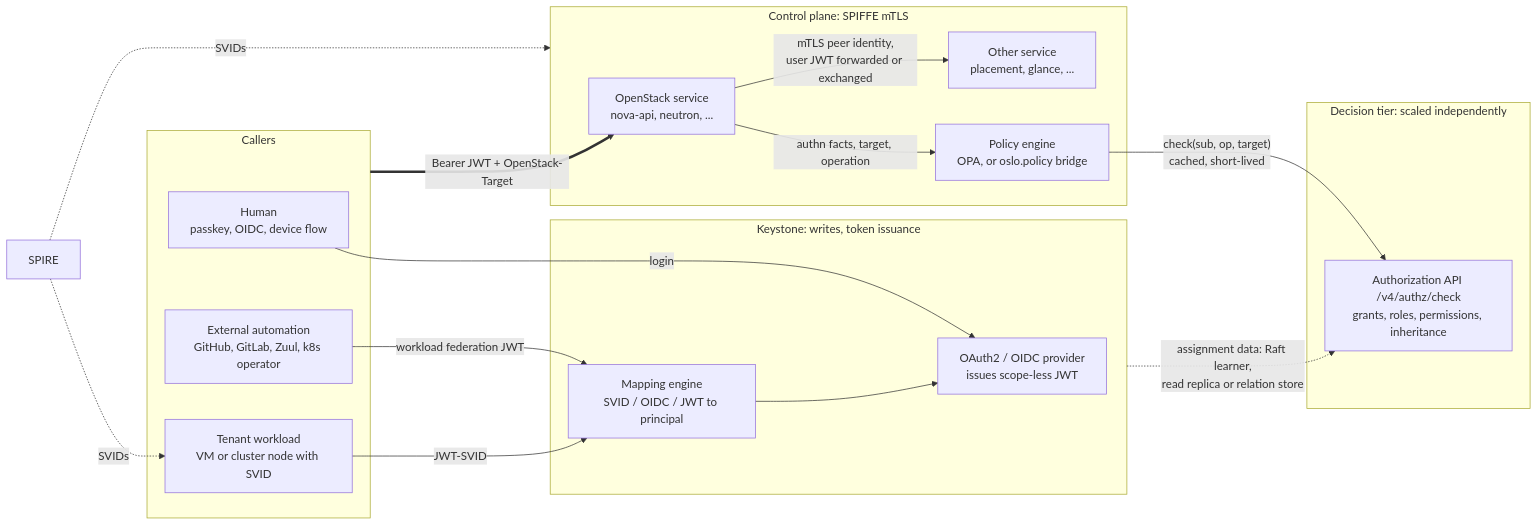
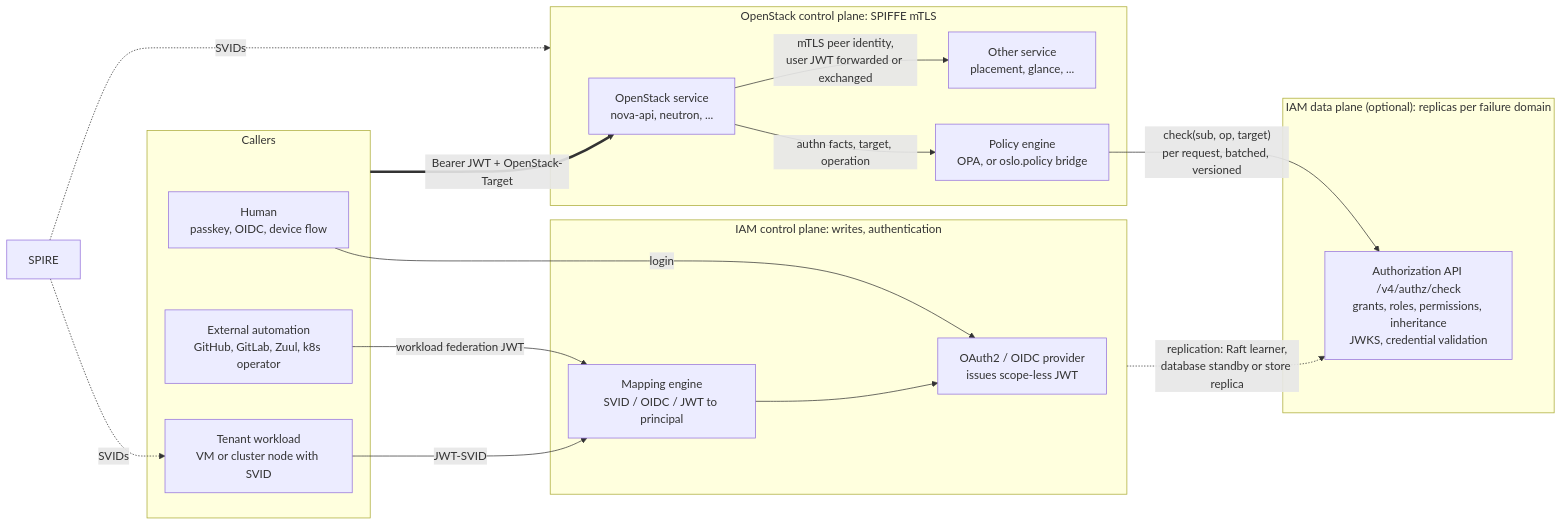
One commit to openstack-experimental/keystone changed the first of 7 diagrams in doc/src/vision.md. Above: the diagram before and after it, drawn with Mermaid. The commit also changed other lines of this file and 1 other file, not shown here.

First line of the commit message:
docs: Propose IAM control and data plane split

````diff
--- a/doc/src/vision.md
+++ b/doc/src/vision.md
@@ -260,37 +279,37 @@
 ```mermaid
 flowchart LR
     subgraph callers["Callers"]
         human["Human<br/>passkey, OIDC, device flow"]
         ext["External automation<br/>GitHub, GitLab, Zuul, k8s operator"]
         vm["Tenant workload<br/>VM or cluster node with SVID"]
     end
 
-    subgraph ks["Keystone: writes, token issuance"]
+    subgraph ks["IAM control plane: writes, authentication"]
         op["OAuth2 / OIDC provider<br/>issues scope-less JWT"]
         map["Mapping engine<br/>SVID / OIDC / JWT to principal"]
     end
 
-    subgraph dt["Decision tier: scaled independently"]
-        authz["Authorization API /v4/authz/check<br/>grants, roles, permissions, inheritance"]
+    subgraph dt["IAM data plane (optional): replicas per failure domain"]
+        authz["Authorization API /v4/authz/check<br/>grants, roles, permissions, inheritance<br/>JWKS, credential validation"]
     end
 
-    subgraph cp["Control plane: SPIFFE mTLS"]
+    subgraph cp["OpenStack control plane: SPIFFE mTLS"]
         svc["OpenStack service<br/>nova-api, neutron, ..."]
         pdp["Policy engine<br/>OPA, or oslo.policy bridge"]
         peer["Other service<br/>placement, glance, ..."]
     end
 
     spire["SPIRE"]
 
     human -->|"login"| op
     ext -->|"workload federation JWT"| map
     vm -->|"JWT-SVID"| map
     map --> op
     callers ==>|"Bearer JWT + OpenStack-Target"| svc
     svc -->|"authn facts, target, operation"| pdp
-    pdp -->|"check(sub, op, target)<br/>cached, short-lived"| authz
-    ks -.->|"assignment data: Raft learner,<br/>read replica or relation store"| authz
+    pdp -->|"check(sub, op, target)<br/>per request, batched, versioned"| authz
+    ks -.->|"replication: Raft learner,<br/>database standby or store replica"| authz
     svc -->|"mTLS peer identity,<br/>user JWT forwarded or exchanged"| peer
     spire -.->|"SVIDs"| cp
     spire -.->|"SVIDs"| vm
 ```
````
